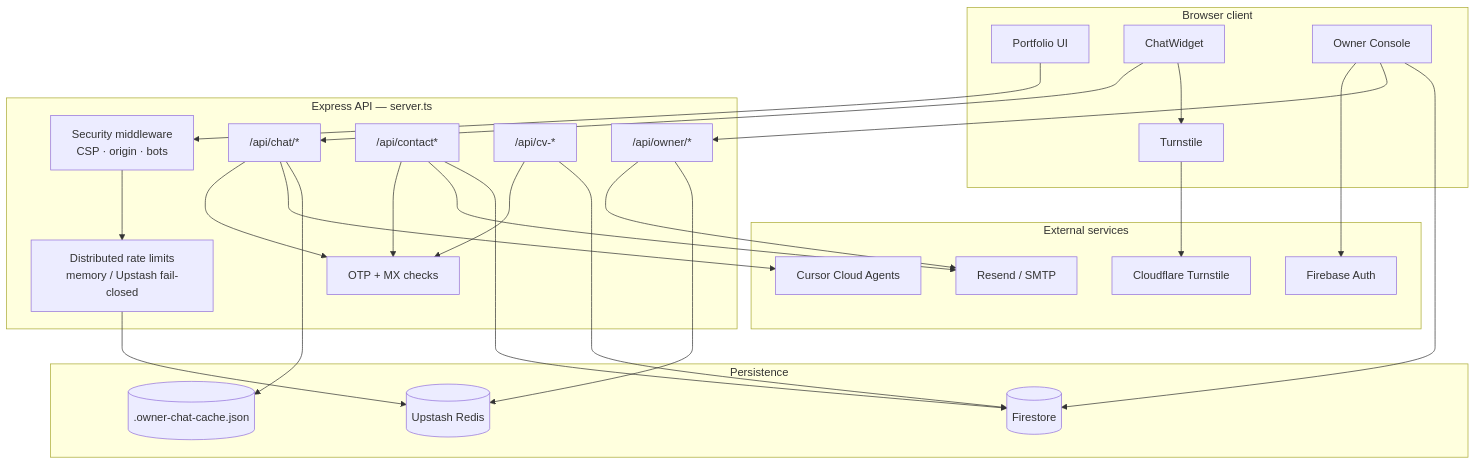
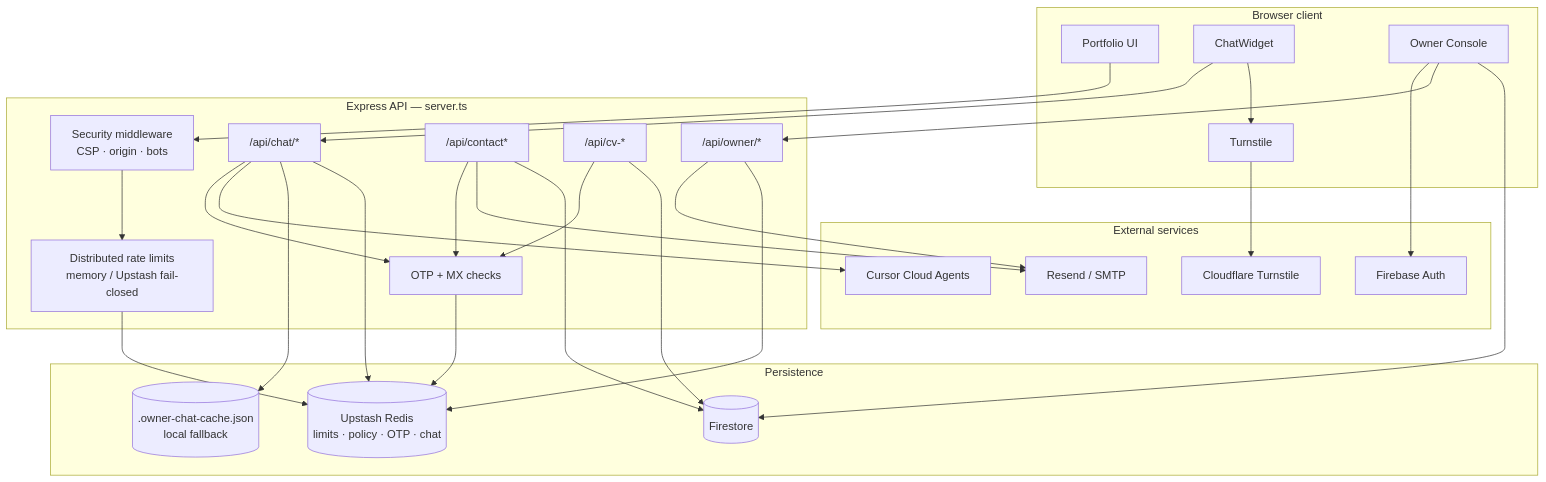
The first of 5 diagrams in docs/ARCHITECTURE.md (mosufyan/sufyan-portfolio), drawn with Mermaid before and after one commit. The commit also changed other lines of this file and 5 other files, not shown here.

Commit message:
docs: sync Redis OTP/sessions and Admin-only PII creates with code.

````diff
--- a/docs/ARCHITECTURE.md
+++ b/docs/ARCHITECTURE.md
@@ -11,51 +11,53 @@
 ```mermaid
 flowchart TB
   subgraph Client["Browser client"]
     UI[Portfolio UI]
     Chat[ChatWidget]
     Owner[Owner Console]
     TS[Turnstile]
   end
 
   subgraph Edge["Express API — server.ts"]
     Sec[Security middleware<br/>CSP · origin · bots]
     RL[Distributed rate limits<br/>memory / Upstash fail-closed]
     OTP[OTP + MX checks]
     ChatAPI["/api/chat/*"]
     Contact["/api/contact*"]
     CV["/api/cv-*"]
     OwnerAPI["/api/owner/*"]
   end
 
   subgraph Data["Persistence"]
     FS[(Firestore)]
-    Redis[(Upstash Redis)]
-    Disk[(.owner-chat-cache.json)]
+    Redis[(Upstash Redis<br/>limits · policy · OTP · chat)]
+    Disk[(.owner-chat-cache.json<br/>local fallback)]
   end
 
   subgraph External["External services"]
     FB[Firebase Auth]
     Mail[Resend / SMTP]
     Cursor[Cursor Cloud Agents]
     CF[Cloudflare Turnstile]
   end
 
   UI --> Sec
   Chat --> ChatAPI
   Chat --> TS --> CF
   Owner --> FB
   Owner --> OwnerAPI
   Owner --> FS
   Sec --> RL
   RL --> Redis
   ChatAPI --> OTP
   ChatAPI --> Cursor
   ChatAPI --> Disk
+  ChatAPI --> Redis
   Contact --> OTP
   Contact --> Mail
   Contact --> FS
+  OTP --> Redis
   CV --> OTP
   CV --> FS
   OwnerAPI --> Mail
   OwnerAPI --> Redis
 ```
````
